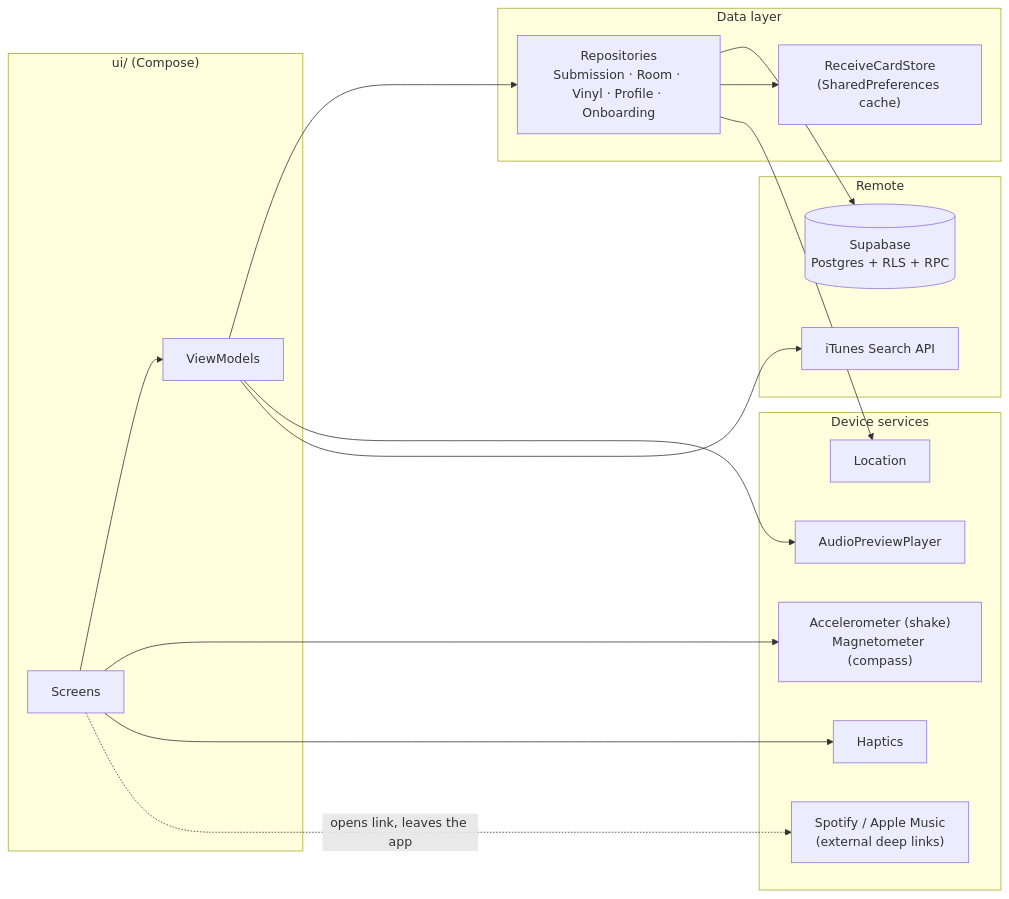
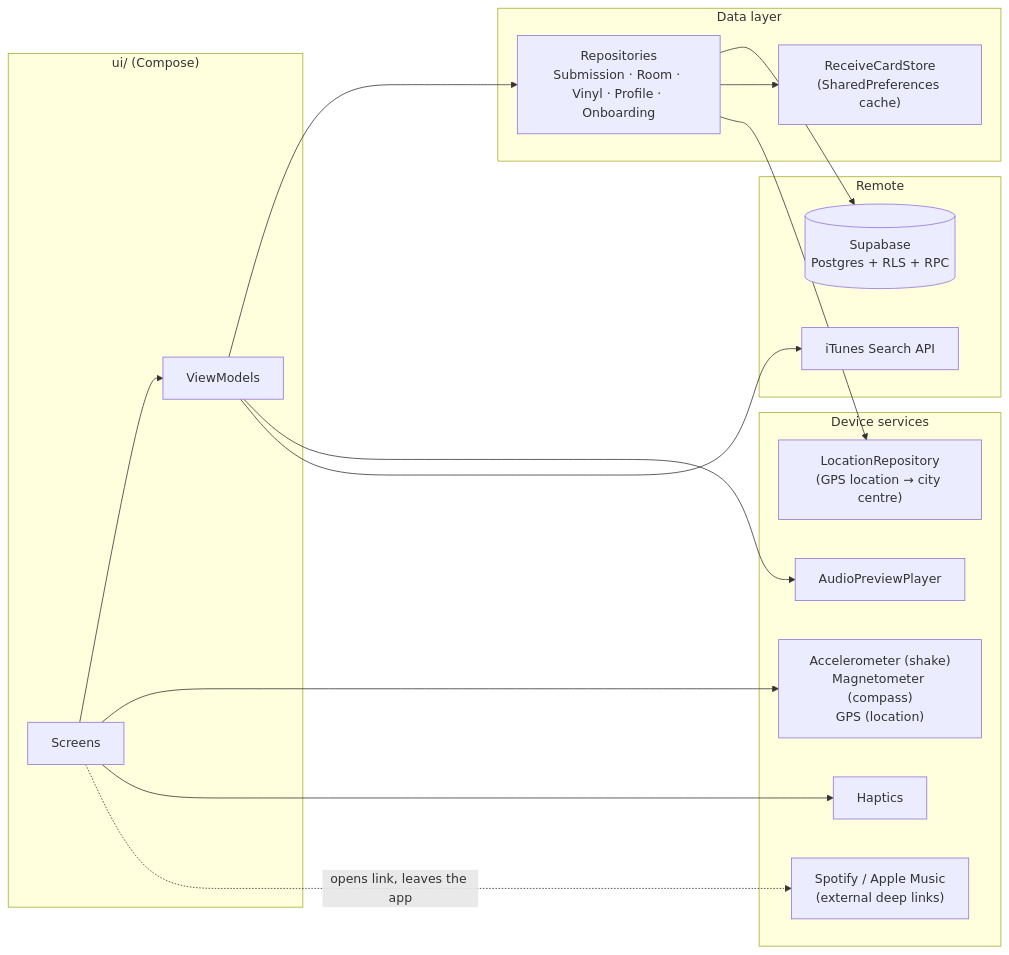
The first of 4 diagrams in README.md (killlel/comp90018), drawn with Mermaid before and after one commit. The commit also changed other lines of this file and 1 other file, not shown here.

Commit message:
Updated readme to include gps sensor in the diagrams and etc

````diff
--- a/README.md
+++ b/README.md
@@ -26,31 +26,31 @@
 ```mermaid
 flowchart LR
     subgraph UI["ui/ (Compose)"]
         Screens["Screens"] --> VMs["ViewModels"]
     end
     subgraph Data["Data layer"]
         Repos["Repositories<br/>Submission · Room · Vinyl · Profile · Onboarding"]
         Local["ReceiveCardStore<br/>(SharedPreferences cache)"]
     end
     subgraph Device["Device services"]
-        Sensors["Accelerometer (shake)<br/>Magnetometer (compass)"]
+        Sensors["Accelerometer (shake)<br/>Magnetometer (compass)<br/>GPS (location)"]
         Haptic["Haptics"]
         Ext["Spotify / Apple Music<br/>(external deep links)"]
-        Loc["Location"]
+        Loc["LocationRepository<br/>(GPS location → city centre)"]
         Audio["AudioPreviewPlayer"]
     end
     subgraph Remote["Remote"]
         SB[("Supabase<br/>Postgres + RLS + RPC")]
         IT["iTunes Search API"]
     end
 
     VMs --> Repos
     VMs --> Audio
     Screens --> Sensors
     Screens --> Haptic
     Screens -. "opens link, leaves the app" .-> Ext
     Repos --> SB
     Repos --> Local
     Repos --> Loc
     VMs --> IT
 ```
````
